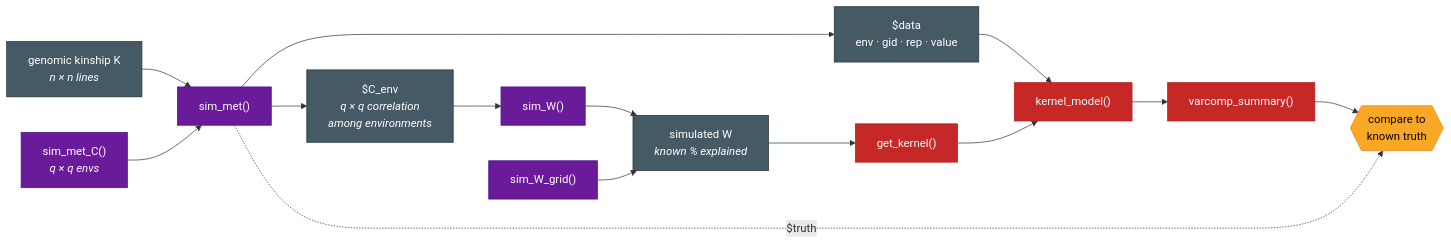
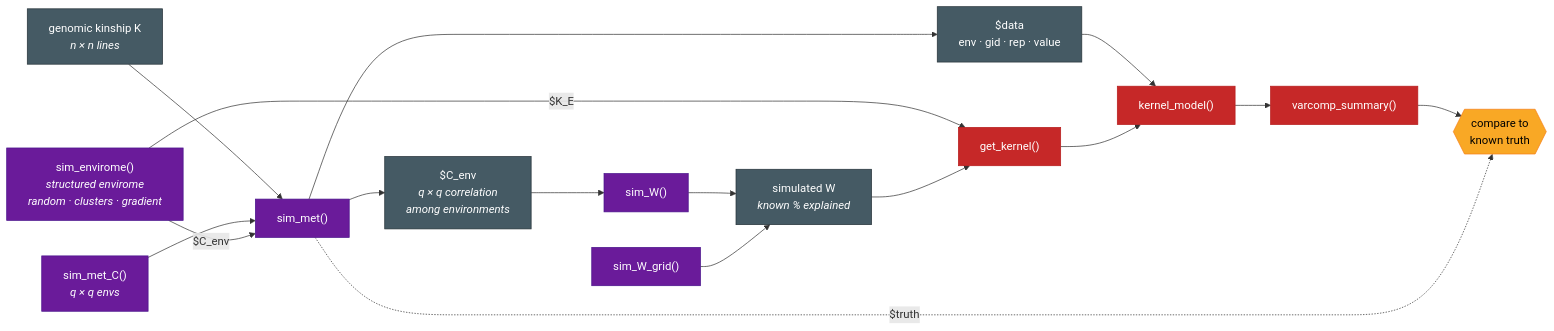
One commit to gcostaneto/EnvRtype changed the fifth of 5 diagrams in README.md. Above: the diagram before and after it, drawn with Mermaid. The commit also changed other lines of this file and 62 other files, not shown here.

Commit message:
updating v0.1.3, with sim_envirome() function added

````diff
--- a/README.md
+++ b/README.md
@@ -295,38 +295,41 @@
 ```mermaid
 flowchart LR
   K["genomic kinship K<br/><i>n × n lines</i>"]
   SMC["sim_met_C()<br/><i>q × q envs</i>"]
   SM["sim_met()"]
   CE["$C_env<br/><i>q × q correlation<br/>among environments</i>"]
   PH["$data<br/>env · gid · rep · value"]
   SW["sim_W()"]
   SWG["sim_W_grid()"]
+  SEN["sim_envirome()<br/><i>structured envirome<br/>random · clusters · gradient</i>"]
   W["simulated W<br/><i>known % explained</i>"]
   GK["get_kernel()"]
   KM["kernel_model()"]
   VCS["varcomp_summary()"]
   CHK{{"compare to<br/>known truth"}}
 
   K --> SM
   SMC --> SM
   SM --> CE
   SM --> PH
   CE --> SW
   SW --> W
   SWG --> W
+  SEN -->|"$C_env"| SM
+  SEN -->|"$K_E"| GK
   W --> GK
   PH --> KM
   GK --> KM
   KM --> VCS
   VCS --> CHK
   SM -.->|"$truth"| CHK
 
   classDef sim fill:#6a1b9a,stroke:#4a148c,color:#fff
   classDef pred fill:#c62828,stroke:#b71c1c,color:#fff
   classDef data fill:#455a64,stroke:#263238,color:#fff
   classDef chk fill:#f9a825,stroke:#f57f17,color:#000
-  class SM,SW,SWG,SMC sim
+  class SM,SW,SWG,SMC,SEN sim
   class GK,KM,VCS pred
   class K,CE,PH,W data
   class CHK chk
 ```
````
